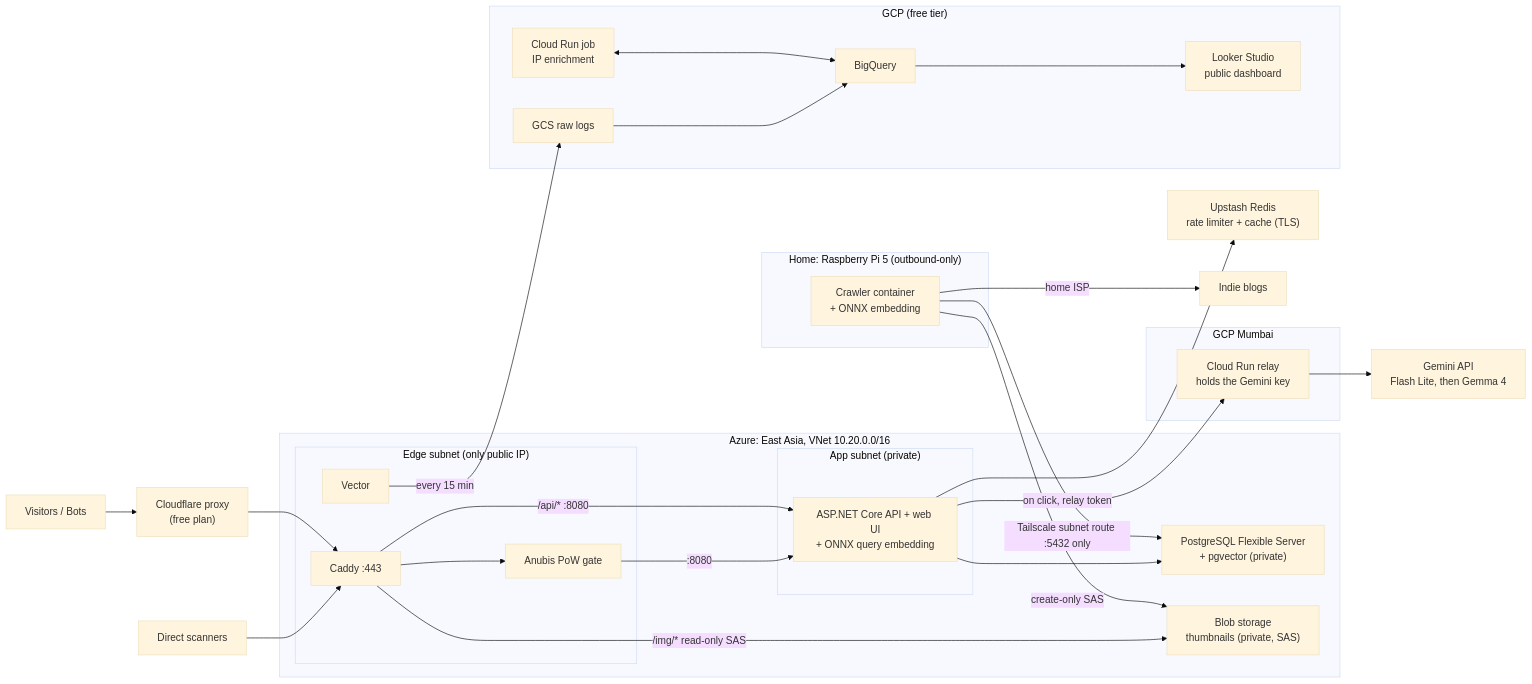
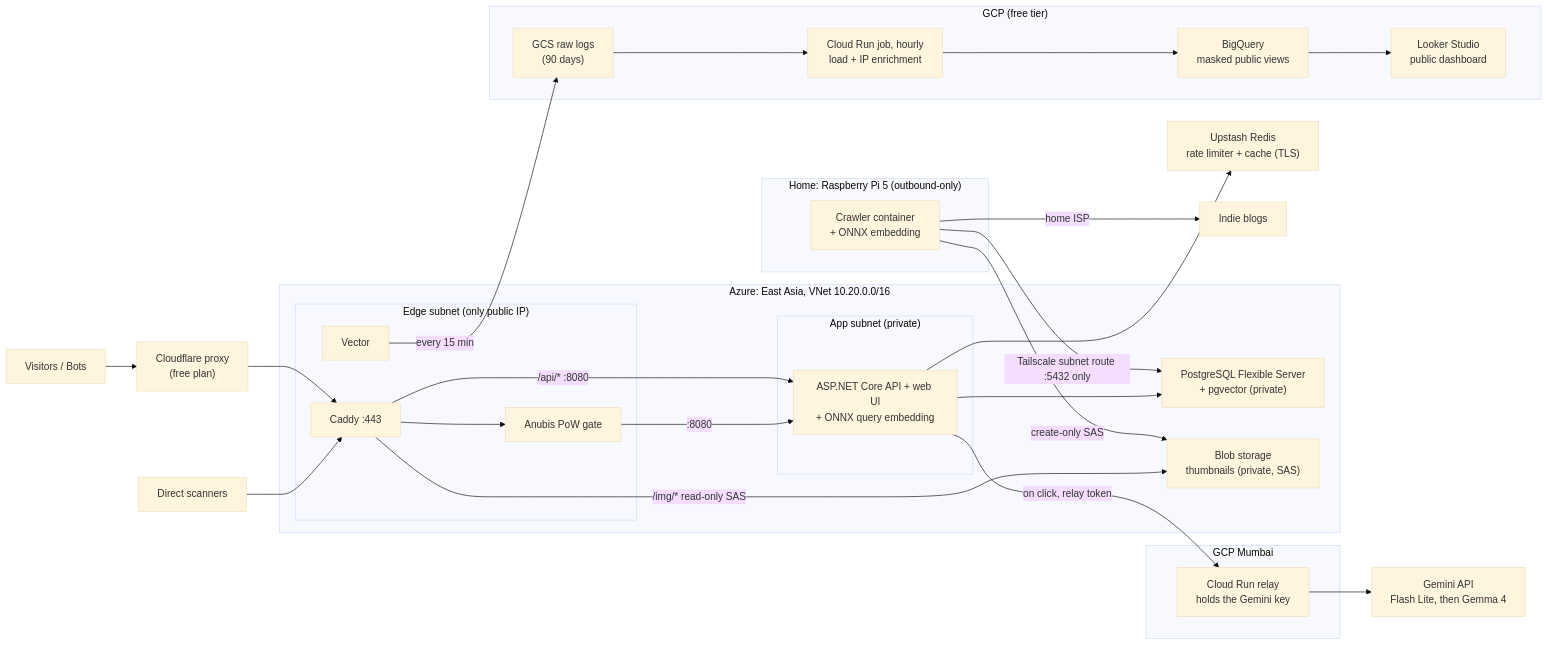
Before and after one commit to Incorrectone/searchbox: the diagram in README.md, drawn with Mermaid (base theme). The commit also changed other lines of this file and 41 other files, not shown here.

````diff
--- a/README.md
+++ b/README.md
@@ -13,48 +13,48 @@
 ```mermaid
 flowchart LR
     U["Visitors / Bots"] --> CF["Cloudflare proxy<br/>(free plan)"]
     S["Direct scanners"] --> C
     CF --> C
 
     subgraph AZ["Azure: East Asia, VNet 10.20.0.0/16"]
         subgraph EDGE["Edge subnet (only public IP)"]
             C["Caddy :443"]
             A["Anubis PoW gate"]
             V["Vector"]
             C --> A
         end
         subgraph APP["App subnet (private)"]
             API["ASP.NET Core API + web UI<br/>+ ONNX query embedding"]
         end
         PG["PostgreSQL Flexible Server<br/>+ pgvector (private)"]
         BL["Blob storage<br/>thumbnails (private, SAS)"]
         A -->|":8080"| API
         C -->|"/api/* :8080"| API
         C -->|"/img/* read-only SAS"| BL
         API --> PG
     end
 
     R["Upstash Redis<br/>rate limiter + cache (TLS)"]
     G["Gemini API<br/>Flash Lite, then Gemma 4"]
     API --> R
     API -->|"on click, relay token"| GR
 
     subgraph GCPR["GCP Mumbai"]
         GR["Cloud Run relay<br/>holds the Gemini key"]
     end
     GR --> G
 
     subgraph HOME["Home: Raspberry Pi 5 (outbound-only)"]
         CR["Crawler container<br/>+ ONNX embedding"]
     end
     CR -->|"home ISP"| WEB["Indie blogs"]
     CR -->|"Tailscale subnet route :5432 only"| PG
     CR -->|"create-only SAS"| BL
 
     subgraph GCP["GCP (free tier)"]
-        GCS["GCS raw logs"] --> BQ["BigQuery"]
-        RJ["Cloud Run job<br/>IP enrichment"] <--> BQ
+        GCS["GCS raw logs<br/>(90 days)"] --> RJ["Cloud Run job, hourly<br/>load + IP enrichment"]
+        RJ --> BQ["BigQuery<br/>masked public views"]
         BQ --> LS["Looker Studio<br/>public dashboard"]
     end
     V -->|"every 15 min"| GCS
 ```
````
